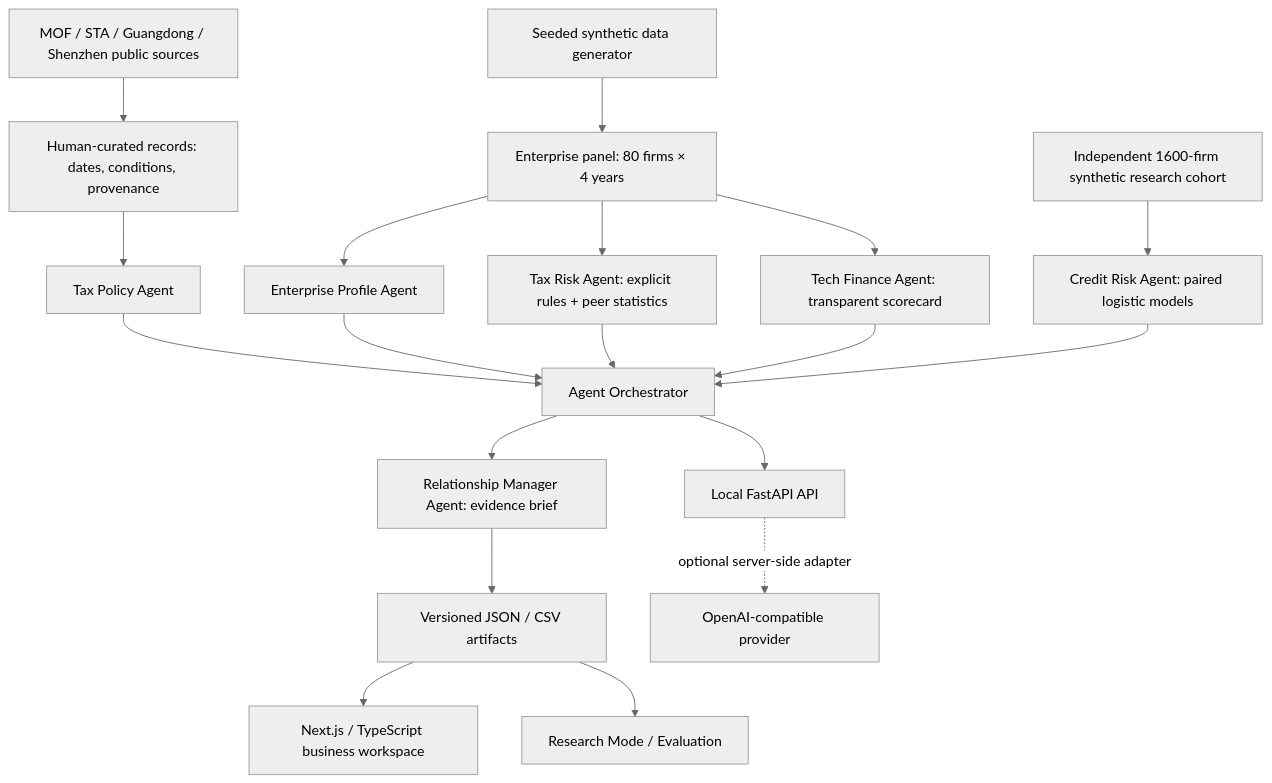
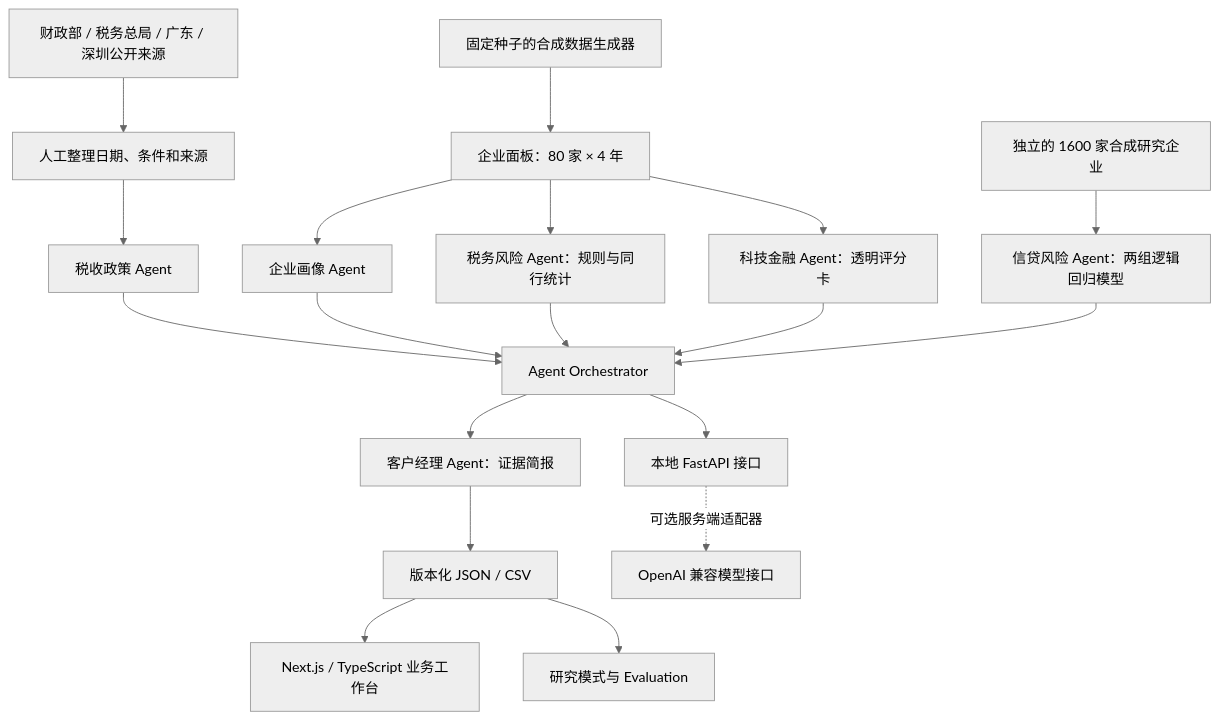
Before and after one commit to beibeihk/banktax-agent: the diagram in README.md, drawn with Mermaid (neutral theme). The commit also changed other lines of this file and 2 other files, not shown here.

````diff
--- a/README.md
+++ b/README.md
@@ -55,21 +69,21 @@
 ```mermaid
 flowchart TD
-    Sources[MOF / STA / Guangdong / Shenzhen public sources] --> Curate[Human-curated records: dates, conditions, provenance]
-    Curate --> Policy[Tax Policy Agent]
-    Generator[Seeded synthetic data generator] --> Panel[Enterprise panel: 80 firms × 4 years]
-    Panel --> Profile[Enterprise Profile Agent]
-    Panel --> Risk[Tax Risk Agent: explicit rules + peer statistics]
-    Panel --> Tech[Tech Finance Agent: transparent scorecard]
-    Research[Independent 1600-firm synthetic research cohort] --> ML[Credit Risk Agent: paired logistic models]
+    Sources[财政部 / 税务总局 / 广东 / 深圳公开来源] --> Curate[人工整理日期、条件和来源]
+    Curate --> Policy[税收政策 Agent]
+    Generator[固定种子的合成数据生成器] --> Panel[企业面板：80 家 × 4 年]
+    Panel --> Profile[企业画像 Agent]
+    Panel --> Risk[税务风险 Agent：规则与同行统计]
+    Panel --> Tech[科技金融 Agent：透明评分卡]
+    Research[独立的 1600 家合成研究企业] --> ML[信贷风险 Agent：两组逻辑回归模型]
     Policy --> Orchestrator[Agent Orchestrator]
     Profile --> Orchestrator
     Risk --> Orchestrator
     Tech --> Orchestrator
     ML --> Orchestrator
-    Orchestrator --> RM[Relationship Manager Agent: evidence brief]
-    RM --> Artifact[Versioned JSON / CSV artifacts]
-    Artifact --> UI[Next.js / TypeScript business workspace]
-    Artifact --> ResearchUI[Research Mode / Evaluation]
-    Orchestrator --> API[Local FastAPI API]
-    API -. optional server-side adapter .-> LLM[OpenAI-compatible provider]
+    Orchestrator --> RM[客户经理 Agent：证据简报]
+    RM --> Artifact[版本化 JSON / CSV]
+    Artifact --> UI[Next.js / TypeScript 业务工作台]
+    Artifact --> ResearchUI[研究模式与 Evaluation]
+    Orchestrator --> API[本地 FastAPI 接口]
+    API -. 可选服务端适配器 .-> LLM[OpenAI 兼容模型接口]
 ```
````
